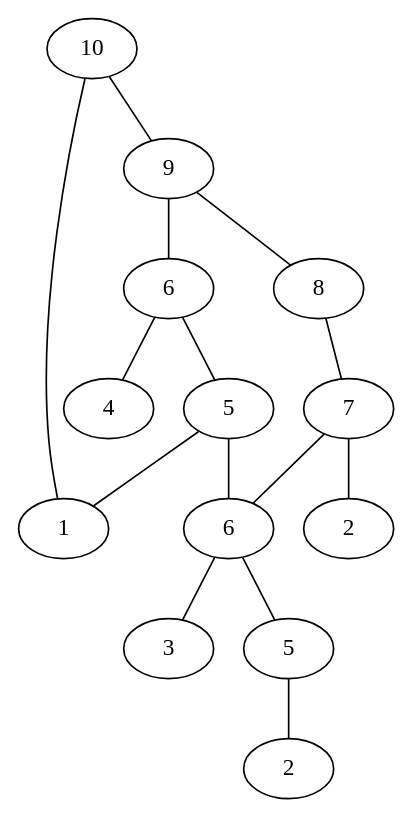
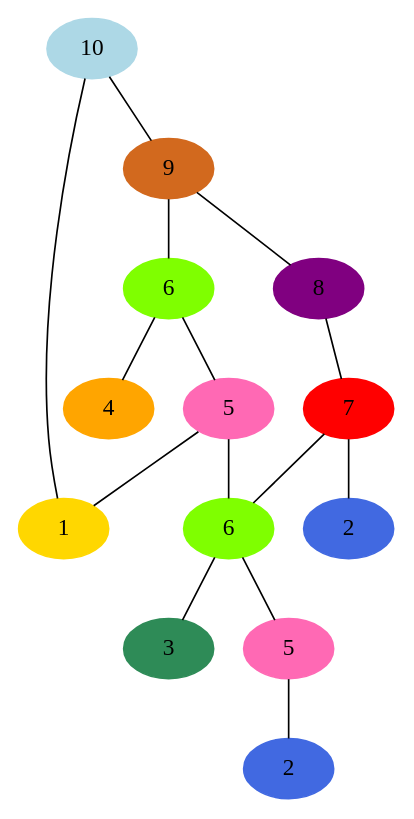
One commit to MichaelRawson/phd changed the diagram in papers/FroCoS19/translation-undirected.dot. Above: the diagram before and after it, drawn with Graphviz. The commit also changed 21 other files, not shown here.

Commit message:
added figure source and PDF renders

```diff
--- a/papers/FroCoS19/translation-undirected.dot
+++ b/papers/FroCoS19/translation-undirected.dot
@@ -1,30 +1,30 @@
 graph ast {
-	all [label=10];
-	x [label=1];
-	and [label=9];
-	p_app[label=6];
-	p [label=4];
-	p_args [label=5];
-	fc_app [label=6];
-	f [label=3];
-	fc_args [label=5];
-	c [label=2];
-	not [label=8];
-	eq [label=7];
-	d [label=2];
+	all [label=10,color=lightblue,style=filled];
+	x [label=1,color=gold,style=filled];
+	and [label=9,color=chocolate,style=filled];
+	p_app[label=6,color=chartreuse,style=filled];
+	p [label=4,color=orange,style=filled];
+	p_args [label=5,color=hotpink,style=filled];
+	fc_app [label=6,color=chartreuse,style=filled];
+	f [label=3,color=seagreen,style=filled];
+	fc_args [label=5,color=hotpink,style=filled];
+	c [label=2,color=royalblue,style=filled];
+	not [label=8,color=purple,style=filled];
+	eq [label=7,color=red,style=filled];
+	d [label=2,color=royalblue,style=filled];
 
 	all -- x;
 	all -- and;
 	and -- p_app;
 	and -- not;
 	p_app -- p;
 	p_app -- p_args;
 	p_args -- fc_app;
 	p_args -- x;
 	fc_app -- f;
 	fc_app -- fc_args;
 	fc_args -- c;
 	not -- eq;
 	eq -- fc_app;
 	eq -- d;
 }
```
